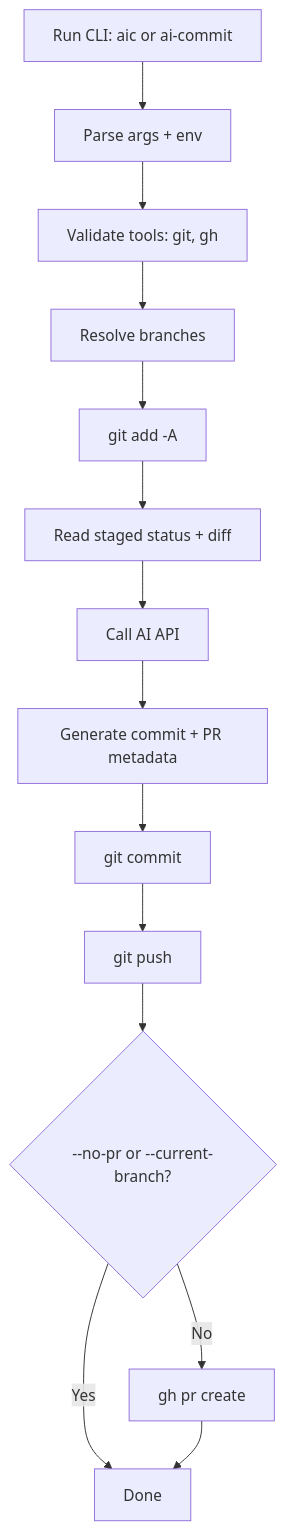
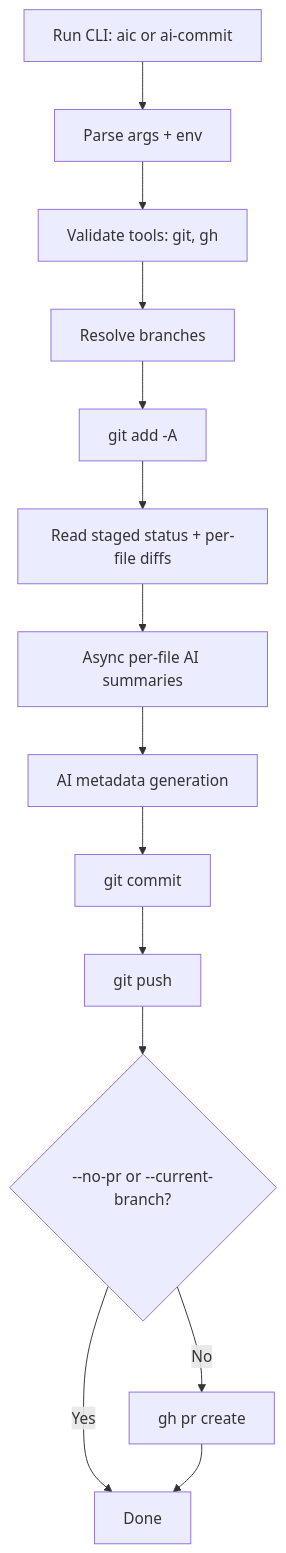
One commit to JuniYadi/ai-commit changed the diagram in README.md. Above: the diagram before and after it, drawn with Mermaid. The commit also changed other lines of this file and 1 other file, not shown here.

Commit message:
feat: async per-file diff summaries for metadata generation

````diff
--- a/README.md
+++ b/README.md
@@ -12,16 +12,16 @@
 ```mermaid
 flowchart TD
   A[Run CLI: aic or ai-commit] --> B[Parse args + env]
   B --> C[Validate tools: git, gh]
   C --> D[Resolve branches]
   D --> E[git add -A]
-  E --> F[Read staged status + diff]
-  F --> G[Call AI API]
-  G --> H[Generate commit + PR metadata]
+  E --> F[Read staged status + per-file diffs]
+  F --> G[Async per-file AI summaries]
+  G --> H[AI metadata generation]
   H --> I[git commit]
   I --> J[git push]
   J --> K{--no-pr or --current-branch?}
   K -- Yes --> L[Done]
   K -- No --> M[gh pr create]
   M --> L
 ```
````
